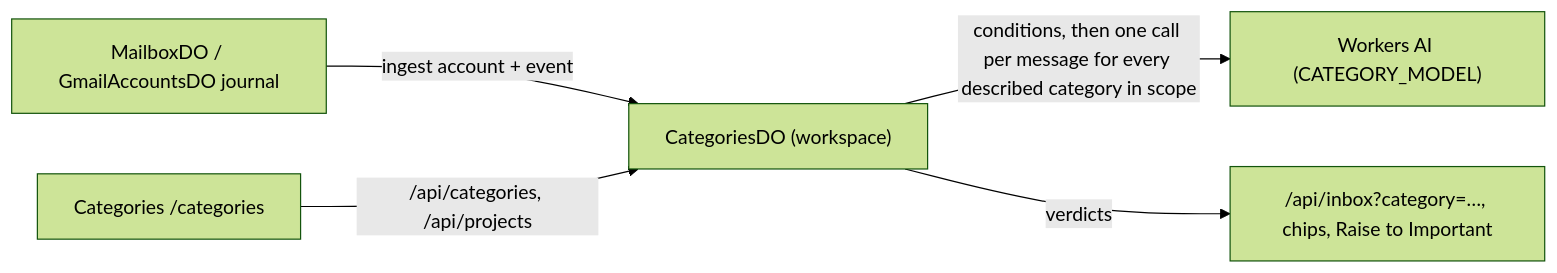
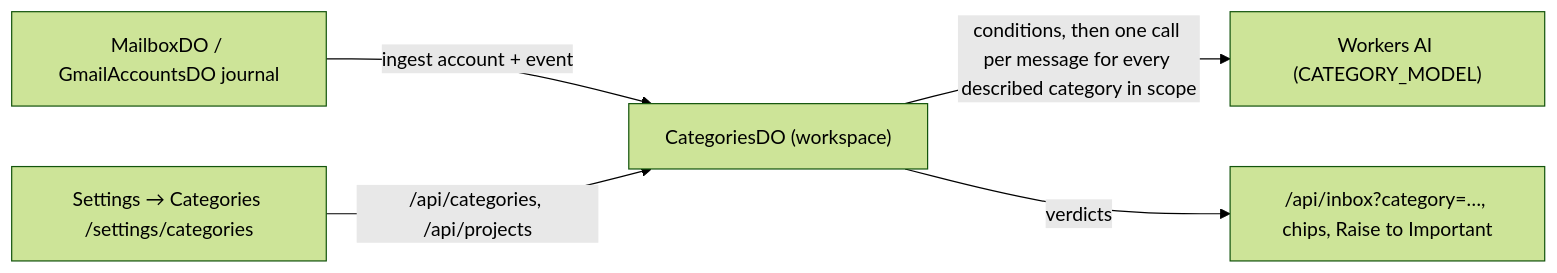
One commit to passioncode-ai/fabric-inbox changed the second of 4 diagrams in docs/architecture.md. Above: the diagram before and after it, drawn with Mermaid (forest theme). The commit also changed other lines of this file and 222 other files, not shown here.

````diff
--- a/docs/architecture.md
+++ b/docs/architecture.md
@@ -133,7 +289,7 @@
 ```mermaid
 flowchart LR
   MB["MailboxDO / GmailAccountsDO journal"] -->|ingest account + event| CAT["CategoriesDO (workspace)"]
   CAT -->|conditions, then one call per message for every described category in scope| AI["Workers AI (CATEGORY_MODEL)"]
   CAT -->|verdicts| FEED["/api/inbox?category=…, chips, Raise to Important"]
-  UI["Categories /categories"] -->|/api/categories, /api/projects| CAT
+  UI["Settings → Categories /settings/categories"] -->|/api/categories, /api/projects| CAT
 ```
````
